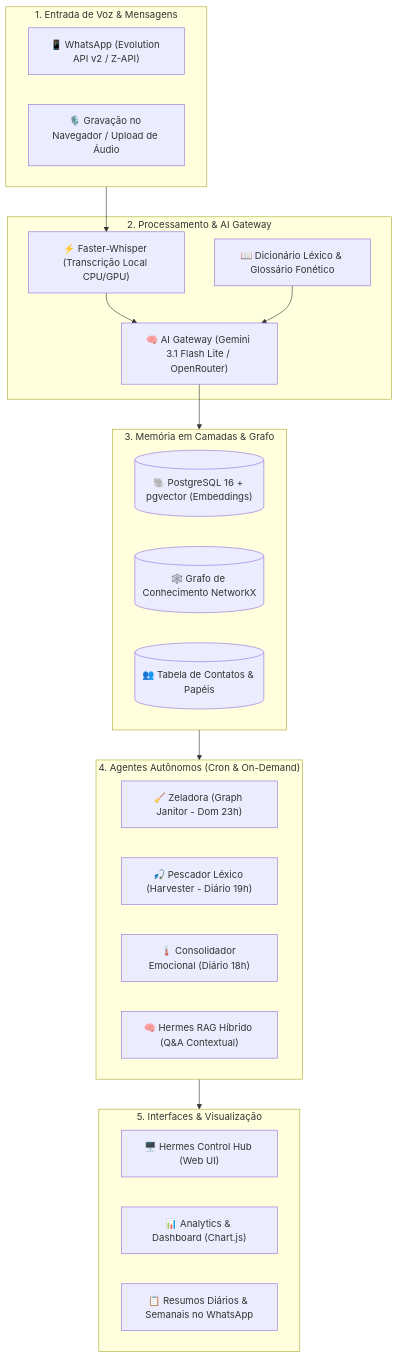
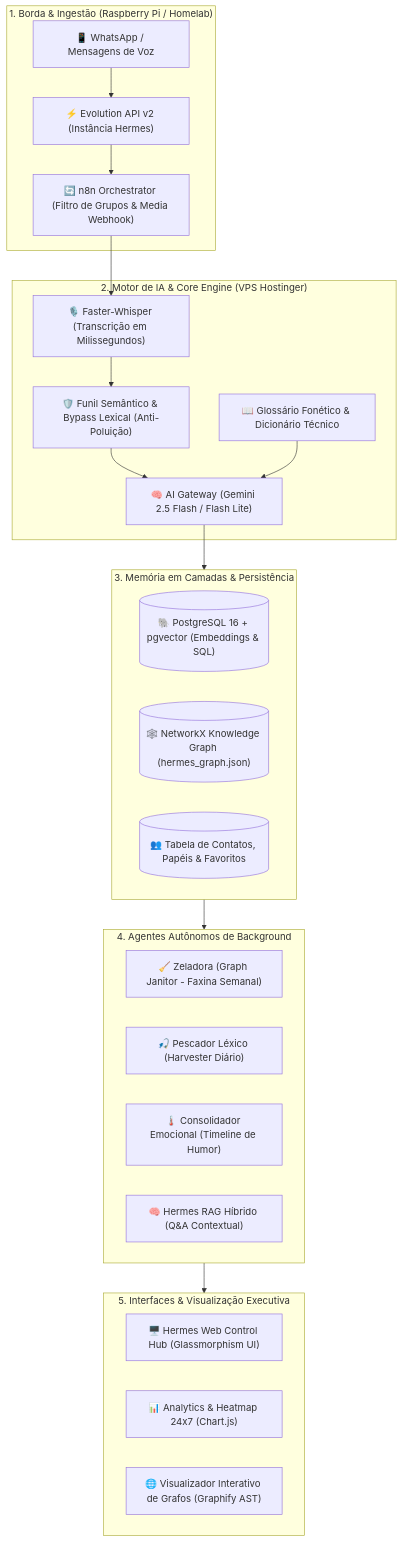
Before and after one commit to brunocorisco86/whisperzap: the diagram in README.md, drawn with Mermaid. The commit also changed other lines of this file, not shown here.

````diff
--- a/README.md
+++ b/README.md
@@ -30,39 +60,44 @@
 ```mermaid
 flowchart TD
-    subgraph Inputs["1. Entrada de Voz & Mensagens"]
-        WA["📱 WhatsApp (Evolution API v2 / Z-API)"]
-        WEB["🎙️ Gravação no Navegador / Upload de Áudio"]
+    subgraph EdgeLayer["1. Borda & Ingestão (Raspberry Pi / Homelab)"]
+        WA["📱 WhatsApp / Mensagens de Voz"]
+        EVO["⚡ Evolution API v2 (Instância Hermes)"]
+        N8N["🔄 n8n Orchestrator (Filtro de Grupos & Media Webhook)"]
     end
 
-    subgraph CoreEngine["2. Processamento & AI Gateway"]
-        WHISPER["⚡ Faster-Whisper (Transcrição Local CPU/GPU)"]
-        GATEWAY["🧠 AI Gateway (Gemini 3.1 Flash Lite / OpenRouter)"]
-        DICT["📖 Dicionário Léxico & Glossário Fonético"]
+    subgraph APILayer["2. Motor de IA & Core Engine (VPS Hostinger)"]
+        WHISPER["🎙️ Faster-Whisper (Transcrição em Milissegundos)"]
+        BYPASS["🛡️ Funil Semântico & Bypass Lexical (Anti-Poluição)"]
+        AIGATEWAY["🧠 AI Gateway (Gemini 2.5 Flash / Flash Lite)"]
+        LEXICAL["📖 Glossário Fonético & Dicionário Técnico"]
     end
 
-    subgraph MemoryLayer["3. Memória em Camadas & Grafo"]
-        PG[("🐘 PostgreSQL 16 + pgvector (Embeddings)")]
-        NX[("🕸️ Grafo de Conhecimento NetworkX")]
-        CONTACTS[("👥 Tabela de Contatos & Papéis")]
+    subgraph StorageLayer["3. Memória em Camadas & Persistência"]
+        PG[("🐘 PostgreSQL 16 + pgvector (Embeddings & SQL)")]
+        NX[("🕸️ NetworkX Knowledge Graph (hermes_graph.json)")]
+        CONTACTS[("👥 Tabela de Contatos, Papéis & Favoritos")]
     end
 
-    subgraph AutonomousAgents["4. Agentes Autônomos (Cron & On-Demand)"]
-        JANITOR["🧹 Zeladora (Graph Janitor - Dom 23h)"]
-        HARVESTER["🎣 Pescador Léxico (Harvester - Diário 19h)"]
-        SENTIMENT["🌡️ Consolidador Emocional (Diário 18h)"]
-        HERMES["🧠 Hermes RAG Híbrido (Q&A Contextual)"]
+    subgraph AutonomousLayer["4. Agentes Autônomos de Background"]
+        JANITOR["🧹 Zeladora (Graph Janitor - Faxina Semanal)"]
+        HARVESTER["🎣 Pescador Léxico (Harvester Diário)"]
+        SENTIMENT["🌡️ Consolidador Emocional (Timeline de Humor)"]
+        HERMES_RAG["🧠 Hermes RAG Híbrido (Q&A Contextual)"]
     end
 
-    subgraph Interfaces["5. Interfaces & Visualização"]
-        HUB["🖥️ Hermes Control Hub (Web UI)"]
-        DASH["📊 Analytics & Dashboard (Chart.js)"]
-        REPORTS["📋 Resumos Diários & Semanais no WhatsApp"]
+    subgraph Interfaces["5. Interfaces & Visualização Executiva"]
+        HUB["🖥️ Hermes Web Control Hub (Glassmorphism UI)"]
+        DASH["📊 Analytics & Heatmap 24x7 (Chart.js)"]
+        GRAPH_VIZ["🌐 Visualizador Interativo de Grafos (Graphify AST)"]
     end
 
-    Inputs --> WHISPER
-    WHISPER --> GATEWAY
-    DICT --> GATEWAY
-    GATEWAY --> MemoryLayer
-    MemoryLayer --> AutonomousAgents
-    AutonomousAgents --> Interfaces
+    WA --> EVO
+    EVO --> N8N
+    N8N --> WHISPER
+    WHISPER --> BYPASS
+    BYPASS --> AIGATEWAY
+    LEXICAL --> AIGATEWAY
+    AIGATEWAY --> StorageLayer
+    StorageLayer --> AutonomousLayer
+    AutonomousLayer --> Interfaces
 ```
````
